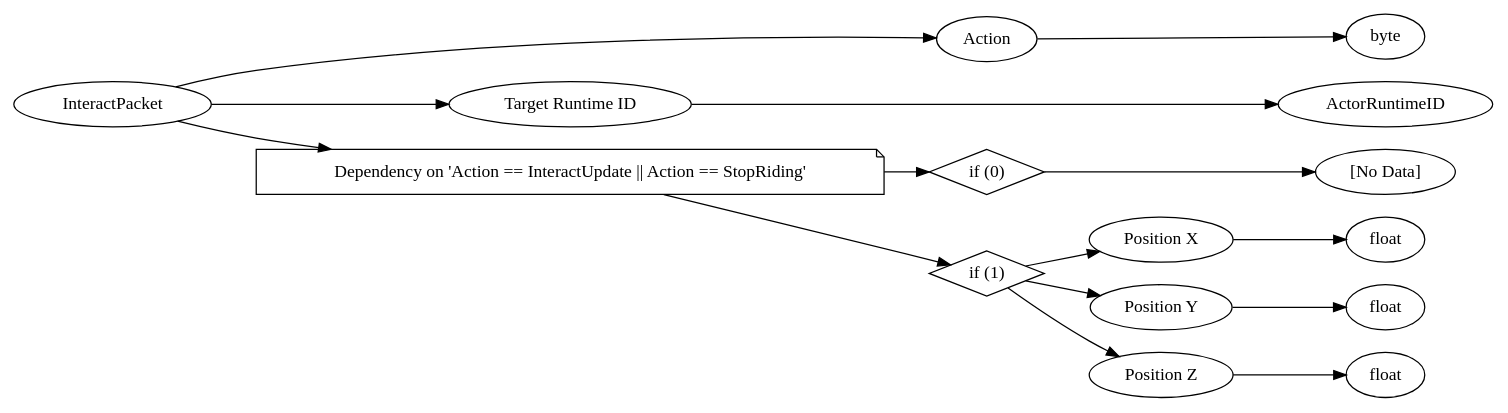
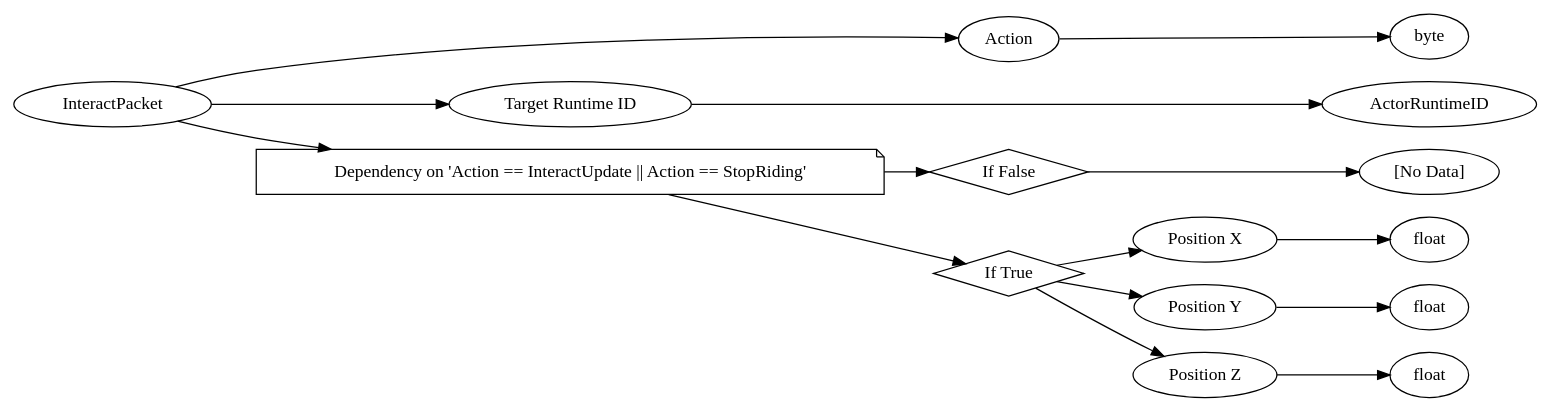
One commit to Mojang/bedrock-protocol-docs changed the diagram in dot/InteractPacket.dot. Above: the diagram before and after it, drawn with Graphviz. The commit also changed 460 other files, not shown here.

```diff
--- a/dot/InteractPacket.dot
+++ b/dot/InteractPacket.dot
@@ -1,36 +1,36 @@
 digraph "InteractPacket" {
 rankdir = LR
 0
 0 -> 1
 1 -> 2
 0 -> 3
 3 -> 4
 0 -> 5
 5 -> 6
 6 -> 7
 5 -> 8
 8 -> 9
 9 -> 10
 8 -> 11
 11 -> 12
 8 -> 13
 13 -> 14
 
 0 [label="InteractPacket",comment="name: \"InteractPacket\", typeName: \"\", id: 0, branchId: 33, recurseId: -1, attributes: 0, notes: \"\""];
 1 [label="Action",comment="name: \"Action\", typeName: \"\", id: 1, branchId: 0, recurseId: -1, attributes: 0, notes: \"\""];
 2 [label="byte",comment="name: \"byte\", typeName: \"\", id: 2, branchId: 0, recurseId: -1, attributes: 512, notes: \"\""];
 3 [label="Target Runtime ID",comment="name: \"Target Runtime ID\", typeName: \"ActorRuntimeID\", id: 3, branchId: 0, recurseId: -1, attributes: 256, notes: \"\""];
 4 [label="ActorRuntimeID",comment="name: \"ActorRuntimeID\", typeName: \"\", id: 4, branchId: 0, recurseId: -1, attributes: 512, notes: \"\""];
 5 [label="Dependency on 'Action == InteractUpdate || Action == StopRiding'",shape=note,comment="name: \"Dependency on 'Action == InteractUpdate || Action == StopRiding'\", typeName: \"\", id: 5, branchId: 0, recurseId: -1, attributes: 2, notes: \"\""];
-6 [label="if (0)",shape=diamond,comment="name: \"if (0)\", typeName: \"\", id: 6, branchId: 0, recurseId: -1, attributes: 4, notes: \"\""];
+6 [label="If False",shape=diamond,comment="name: \"If False\", typeName: \"\", id: 6, branchId: 0, recurseId: -1, attributes: 4, notes: \"\""];
 7 [label="[No Data]",comment="name: \"[No Data]\", typeName: \"\", id: 7, branchId: 0, recurseId: -1, attributes: 512, notes: \"\""];
-8 [label="if (1)",shape=diamond,comment="name: \"if (1)\", typeName: \"\", id: 8, branchId: 1, recurseId: -1, attributes: 4, notes: \"\""];
+8 [label="If True",shape=diamond,comment="name: \"If True\", typeName: \"\", id: 8, branchId: 1, recurseId: -1, attributes: 4, notes: \"\""];
 9 [label="Position X",comment="name: \"Position X\", typeName: \"\", id: 9, branchId: 0, recurseId: -1, attributes: 0, notes: \"\""];
 10 [label="float",comment="name: \"float\", typeName: \"\", id: 10, branchId: 0, recurseId: -1, attributes: 512, notes: \"\""];
 11 [label="Position Y",comment="name: \"Position Y\", typeName: \"\", id: 11, branchId: 0, recurseId: -1, attributes: 0, notes: \"\""];
 12 [label="float",comment="name: \"float\", typeName: \"\", id: 12, branchId: 0, recurseId: -1, attributes: 512, notes: \"\""];
 13 [label="Position Z",comment="name: \"Position Z\", typeName: \"\", id: 13, branchId: 0, recurseId: -1, attributes: 0, notes: \"\""];
 14 [label="float",comment="name: \"float\", typeName: \"\", id: 14, branchId: 0, recurseId: -1, attributes: 512, notes: \"\""];
 { rank = max;2;4;7;10;12;14}
 
 }
```
